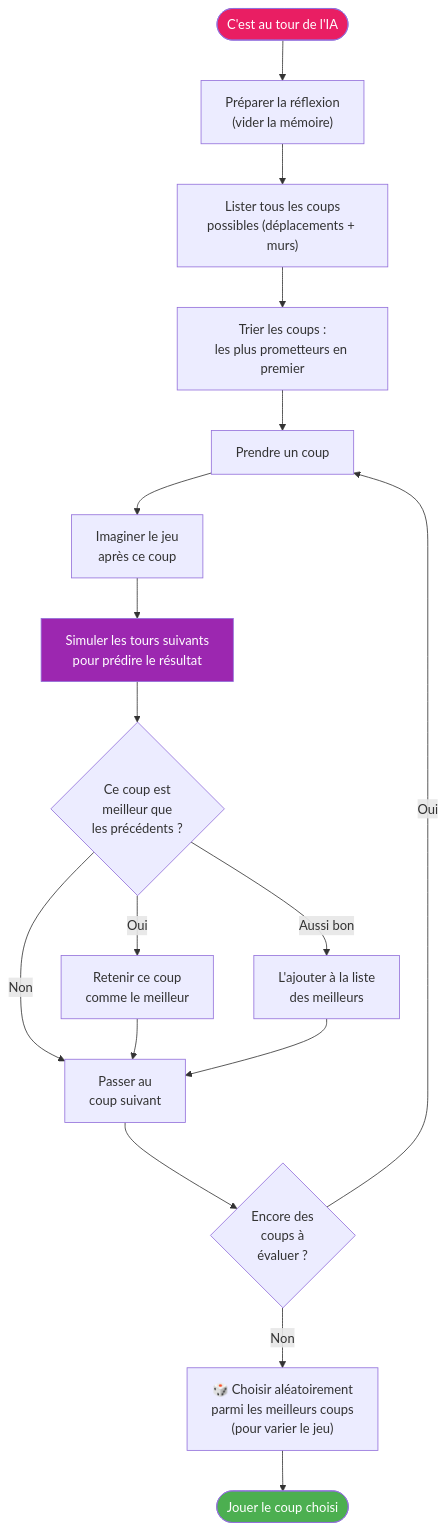
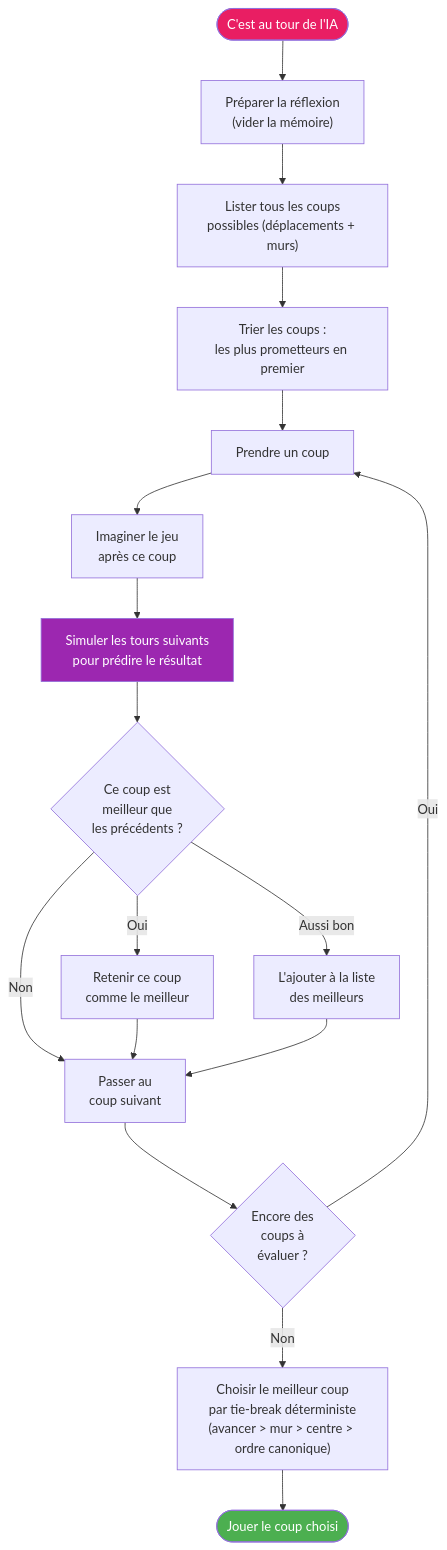
One commit to Silou1/Projet_mecatronique_I3 changed the second of 5 diagrams in docs/flowcharts/02_logique_ia.md. Above: the diagram before and after it, drawn with Mermaid. The commit also changed other lines of this file and 3 other files, not shown here.

````diff
--- a/docs/flowcharts/02_logique_ia.md
+++ b/docs/flowcharts/02_logique_ia.md
@@ -9,27 +27,27 @@
 ```mermaid
 flowchart TD
     ENTRY(["C'est au tour de l'IA"]) --> RESET["Préparer la réflexion<br/>(vider la mémoire)"]
     RESET --> GEN["Lister tous les coups<br/>possibles (déplacements + murs)"]
     GEN --> SORT["Trier les coups :<br/>les plus prometteurs en premier"]
 
     SORT --> LOOP["Prendre un coup"]
     LOOP --> SIM["Imaginer le jeu<br/>après ce coup"]
     SIM --> MINIMAX["Simuler les tours suivants<br/>pour prédire le résultat"]
 
     MINIMAX --> COMPARE{"Ce coup est<br/>meilleur que<br/>les précédents ?"}
     COMPARE -->|"Oui"| NEW_BEST["Retenir ce coup<br/>comme le meilleur"]
     COMPARE -->|"Aussi bon"| ADD["L'ajouter à la liste<br/>des meilleurs"]
     COMPARE -->|"Non"| NEXT
 
     NEW_BEST --> NEXT["Passer au<br/>coup suivant"]
     ADD --> NEXT
     NEXT --> MORE{"Encore des<br/>coups à<br/>évaluer ?"}
     MORE -->|Oui| LOOP
     MORE -->|Non| CHOOSE
 
-    CHOOSE["🎲 Choisir aléatoirement<br/>parmi les meilleurs coups<br/>(pour varier le jeu)"] --> RETURN(["Jouer le coup choisi"])
+    CHOOSE["Choisir le meilleur coup<br/>par tie-break déterministe<br/>(avancer > mur > centre > ordre canonique)"] --> RETURN(["Jouer le coup choisi"])
 
     style ENTRY fill:#E91E63,color:#fff
     style RETURN fill:#4CAF50,color:#fff
     style MINIMAX fill:#9C27B0,color:#fff
 ```
````
